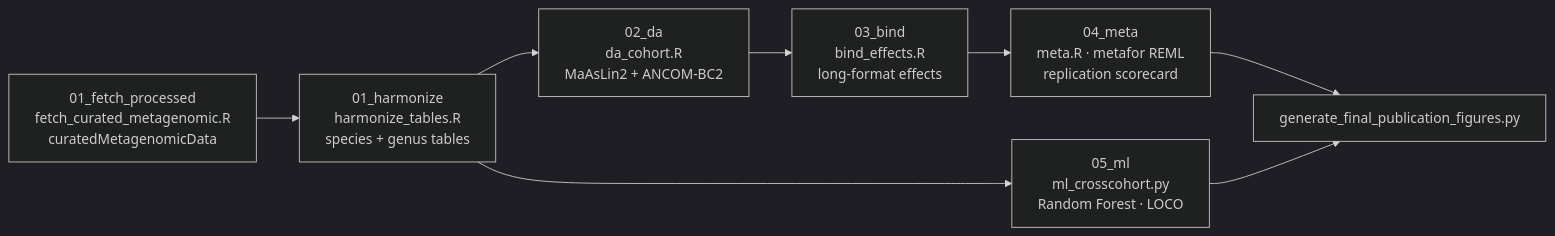
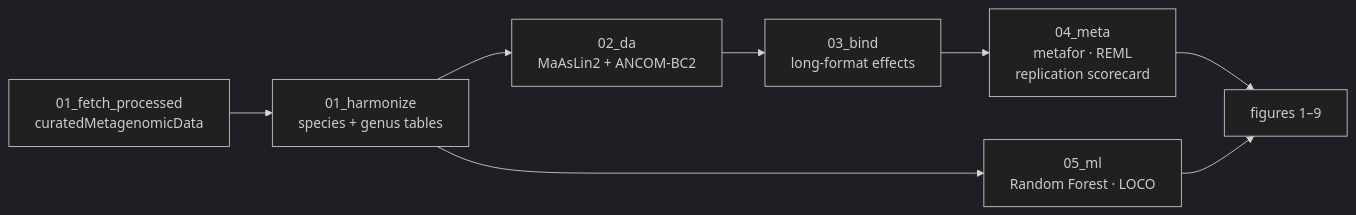
Before and after one commit to ejtettevi/ibd-taxonomic-dysbiosis: the diagram in README.md, drawn with Mermaid (dark theme). The commit also changed other lines of this file, not shown here.

Commit message:
Modernize README: hero stat cards, embedded figure gallery, live scorecard sample, collapsible usage

````diff
--- a/README.md
+++ b/README.md
@@ -46,10 +42,10 @@
 ```mermaid
 graph LR
-    A["01_fetch_processed<br/>fetch_curated_metagenomic.R<br/>curatedMetagenomicData"] --> B["01_harmonize<br/>harmonize_tables.R<br/>species + genus tables"]
-    B --> C["02_da<br/>da_cohort.R<br/>MaAsLin2 + ANCOM-BC2"]
-    C --> D["03_bind<br/>bind_effects.R<br/>long-format effects"]
-    D --> E["04_meta<br/>meta.R · metafor REML<br/>replication scorecard"]
-    E --> G["generate_final_publication_figures.py"]
-    B --> F["05_ml<br/>ml_crosscohort.py<br/>Random Forest · LOCO"]
+    A["01_fetch_processed<br/>curatedMetagenomicData"] --> B["01_harmonize<br/>species + genus tables"]
+    B --> C["02_da<br/>MaAsLin2 + ANCOM-BC2"]
+    C --> D["03_bind<br/>long-format effects"]
+    D --> E["04_meta<br/>metafor · REML<br/>replication scorecard"]
+    E --> G["figures 1–9"]
+    B --> F["05_ml<br/>Random Forest · LOCO"]
     F --> G
 ```
````
